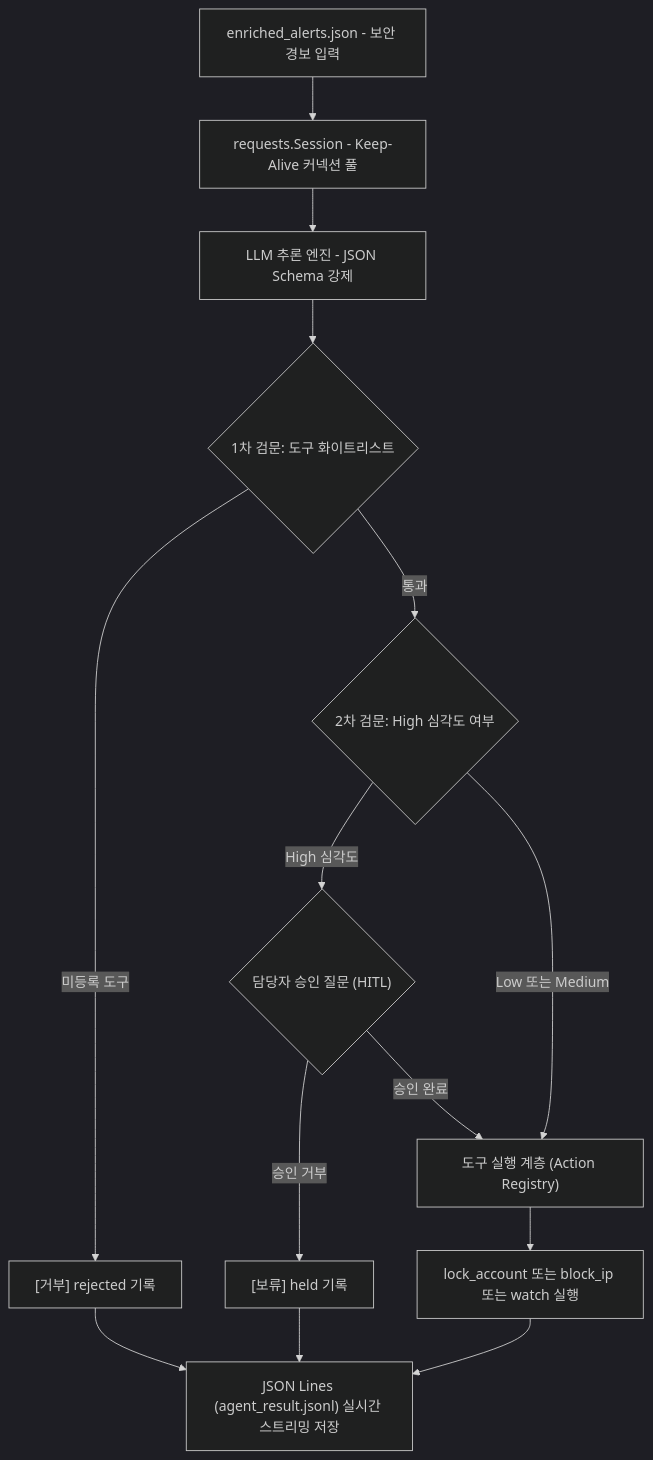
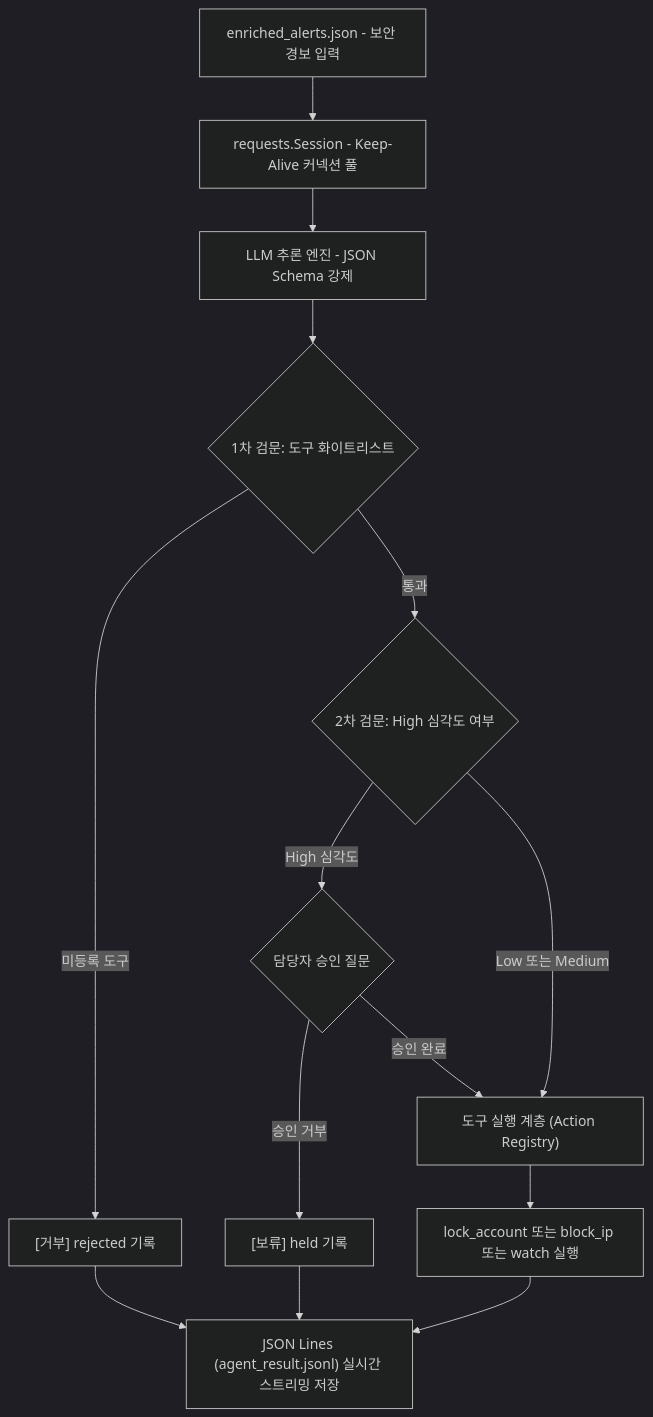
One commit to mmmphyun/security-agent-toolkit changed the diagram in docs/posts/c01-agent-core-day06.md. Above: the diagram before and after it, drawn with Mermaid (dark theme). The commit also changed other lines of this file and 11 other files, not shown here.

````diff
--- a/docs/posts/c01-agent-core-day06.md
+++ b/docs/posts/c01-agent-core-day06.md
@@ -29,19 +29,19 @@
 ```mermaid
 flowchart TD
     A["enriched_alerts.json - 보안 경보 입력"] --> B["requests.Session - Keep-Alive 커넥션 풀"]
     B --> C["LLM 추론 엔진 - JSON Schema 강제"]
     C --> D{"1차 검문: 도구 화이트리스트"}
     
     D -->|미등록 도구| E["[거부] rejected 기록"]
     D -->|통과| F{"2차 검문: High 심각도 여부"}
     
-    F -->|High 심각도| G{"담당자 승인 질문 (HITL)"}
+    F -->|High 심각도| G{"담당자 승인 질문"}
     G -->|승인 거부| H["[보류] held 기록"]
     G -->|승인 완료| I["도구 실행 계층 (Action Registry)"]
     F -->|Low 또는 Medium| I
     
     I --> J["lock_account 또는 block_ip 또는 watch 실행"]
     J --> K["JSON Lines (agent_result.jsonl) 실시간 스트리밍 저장"]
     E --> K
     H --> K
 ```
````
